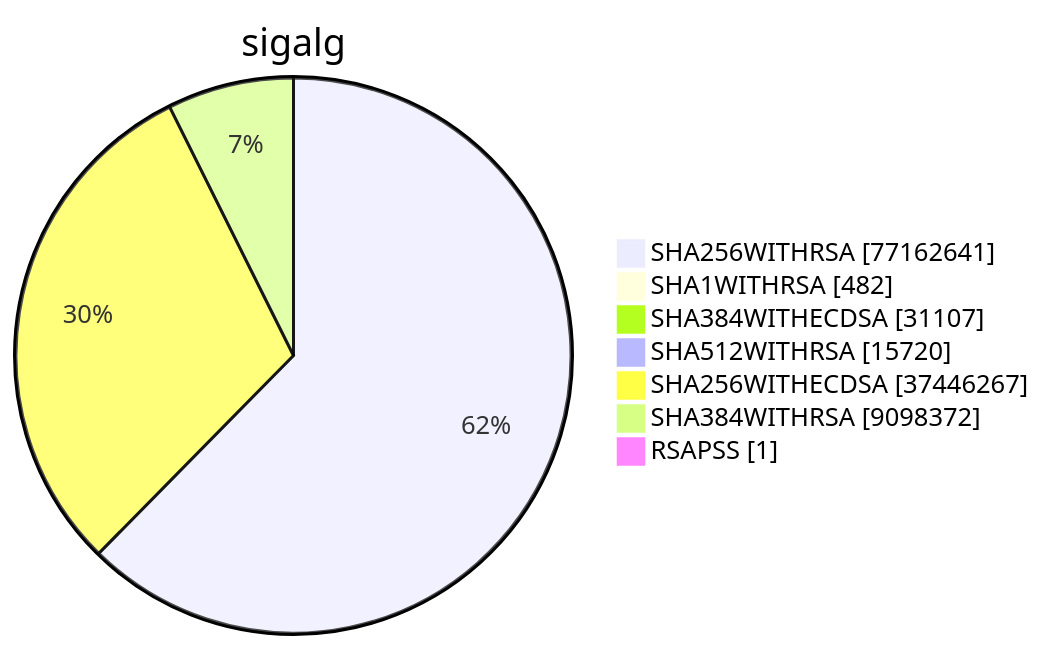
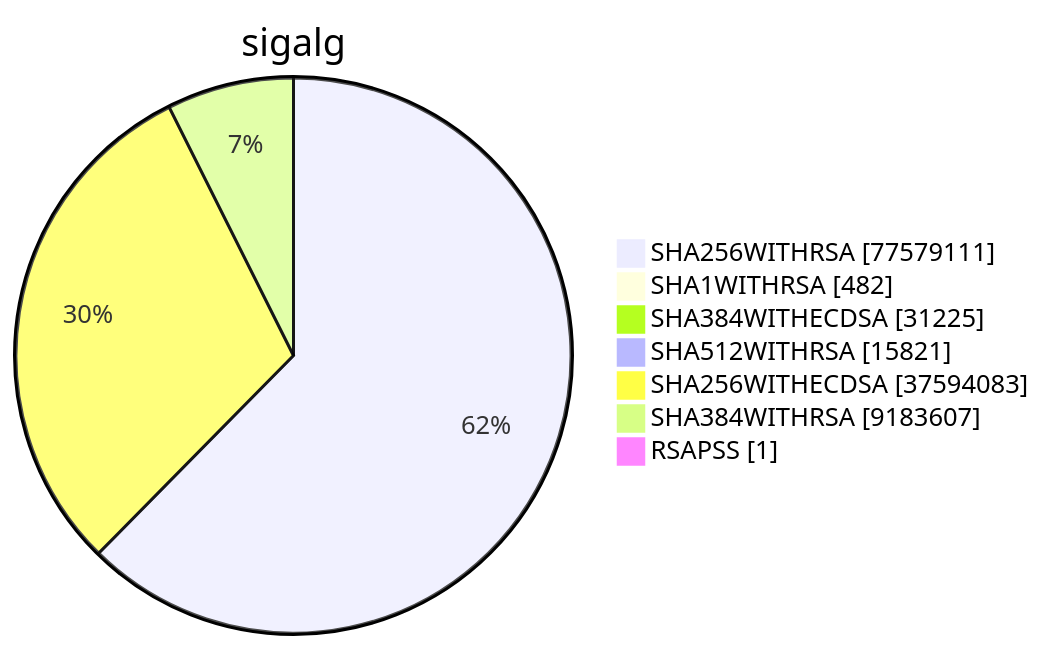
Before and after one commit to christiankrug/ctmonitor_visualization: diagram 15 of 15 in xenon2023/README.md, drawn with Mermaid. The commit also changed other lines of this file, not shown here.

````diff
--- a/xenon2023/README.md
+++ b/xenon2023/README.md
@@ -4571,11 +4575,11 @@
 ```mermaid
 pie showData
 title sigalg
-"SHA256WITHRSA" :77162641
+"SHA256WITHRSA" :77579111
 "SHA1WITHRSA" :482
-"SHA384WITHECDSA" :31107
-"SHA512WITHRSA" :15720
-"SHA256WITHECDSA" :37446267
-"SHA384WITHRSA" :9098372
+"SHA384WITHECDSA" :31225
+"SHA512WITHRSA" :15821
+"SHA256WITHECDSA" :37594083
+"SHA384WITHRSA" :9183607
 "RSAPSS" :1
 ```
````
